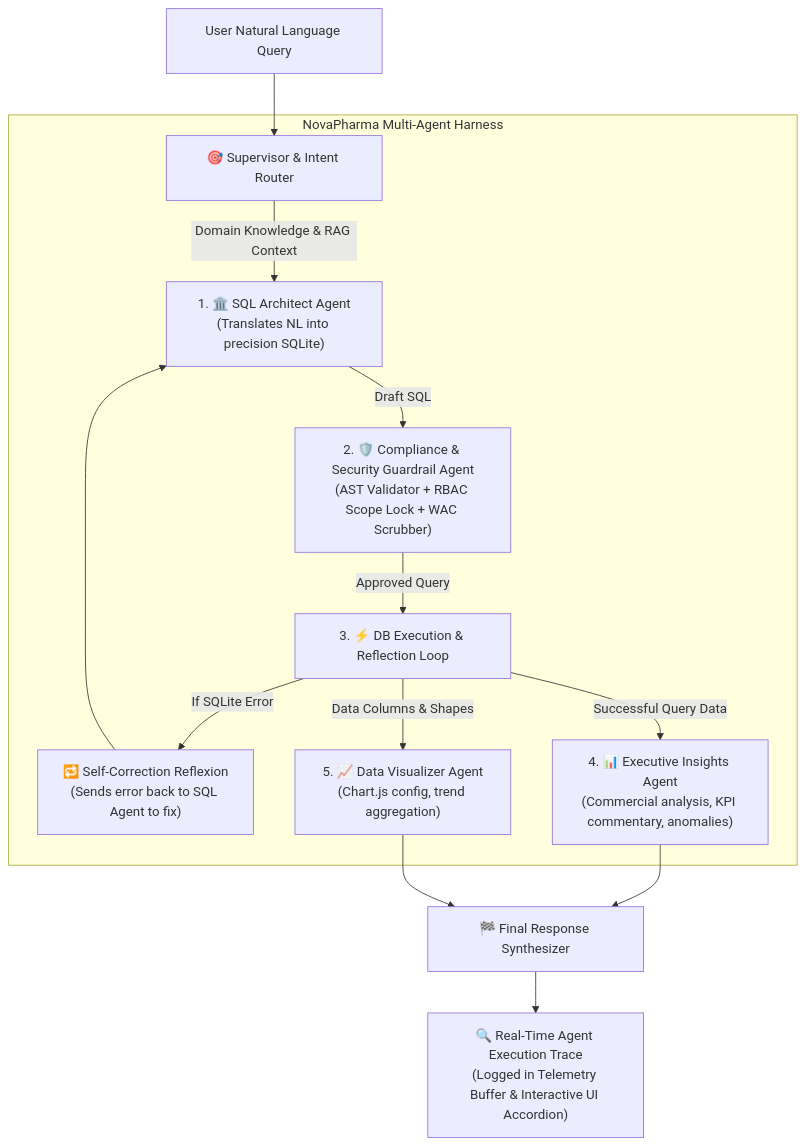
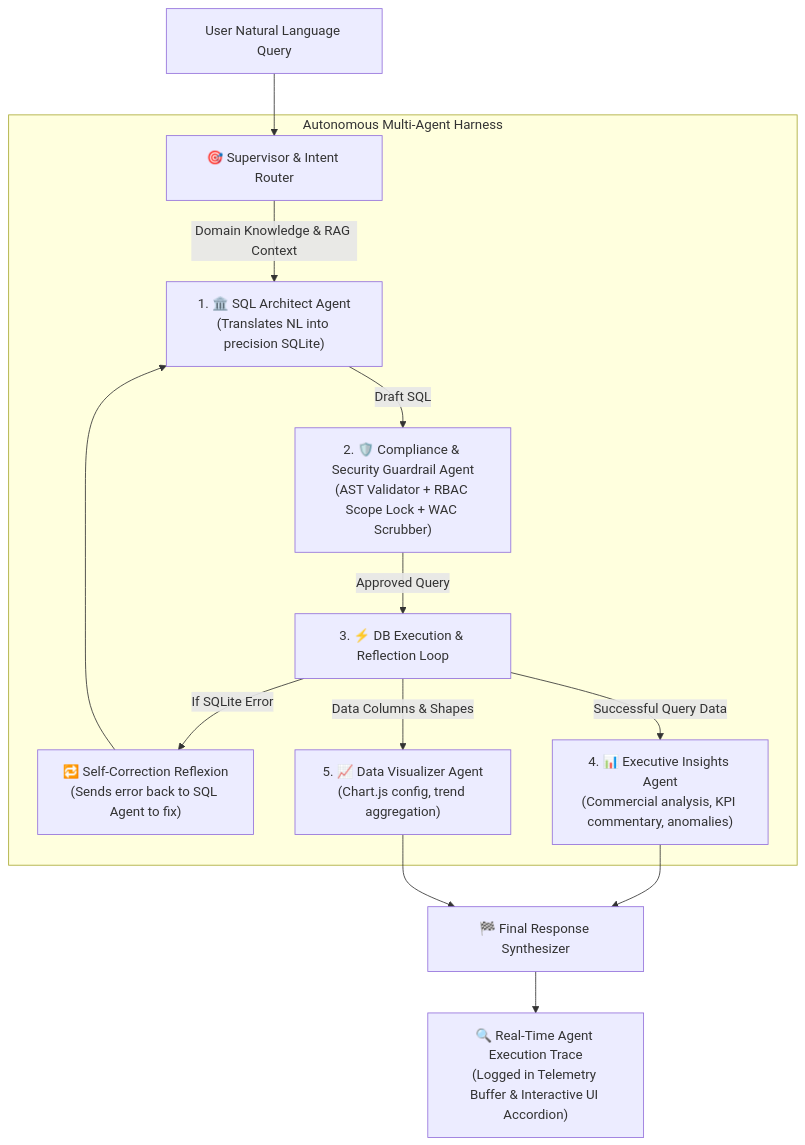
Before and after one commit to Vishwas27/pharma-nl2sql-chatbot: the second of 3 diagrams in DESIGN.md, drawn with Mermaid. The commit also changed other lines of this file and 1 other file, not shown here.

Commit message:
fix(ui): update chat reset and response bubbles to Pharma Analytics Bot

````diff
--- a/DESIGN.md
+++ b/DESIGN.md
@@ -68,21 +68,21 @@
 ```mermaid
 flowchart TD
     UserQuery["User Natural Language Query"] --> Supervisor["🎯 Supervisor & Intent Router"]
     
-    subgraph MultiAgentHarness ["NovaPharma Multi-Agent Harness"]
+    subgraph MultiAgentHarness ["Autonomous Multi-Agent Harness"]
         Supervisor -->|Domain Knowledge & RAG Context| SQLAgent["1. 🏛️ SQL Architect Agent\n(Translates NL into precision SQLite)"]
         SQLAgent -->|Draft SQL| SecAgent["2. 🛡️ Compliance & Security Guardrail Agent\n(AST Validator + RBAC Scope Lock + WAC Scrubber)"]
         
         SecAgent -->|Approved Query| ExecLoop["3. ⚡ DB Execution & Reflection Loop"]
         
         ExecLoop -->|If SQLite Error| SelfHeal["🔁 Self-Correction Reflexion\n(Sends error back to SQL Agent to fix)"]
         SelfHeal --> SQLAgent
         
         ExecLoop -->|Successful Query Data| InsightAgent["4. 📊 Executive Insights Agent\n(Commercial analysis, KPI commentary, anomalies)"]
         ExecLoop -->|Data Columns & Shapes| VizAgent["5. 📈 Data Visualizer Agent\n(Chart.js config, trend aggregation)"]
     end
     
     InsightAgent --> Synthesizer["🏁 Final Response Synthesizer"]
     VizAgent --> Synthesizer
     Synthesizer --> TraceInspector["🔍 Real-Time Agent Execution Trace\n(Logged in Telemetry Buffer & Interactive UI Accordion)"]
 ```
````
